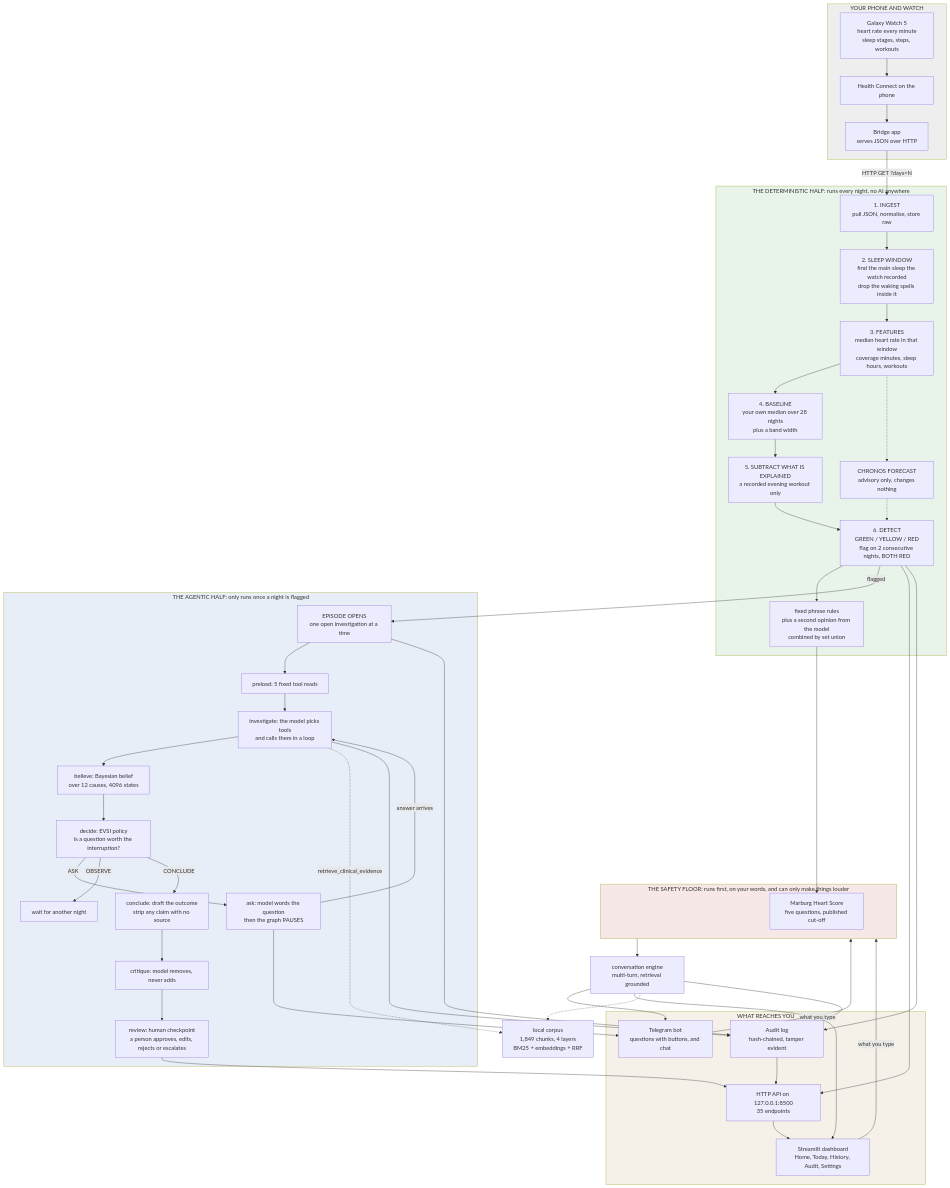
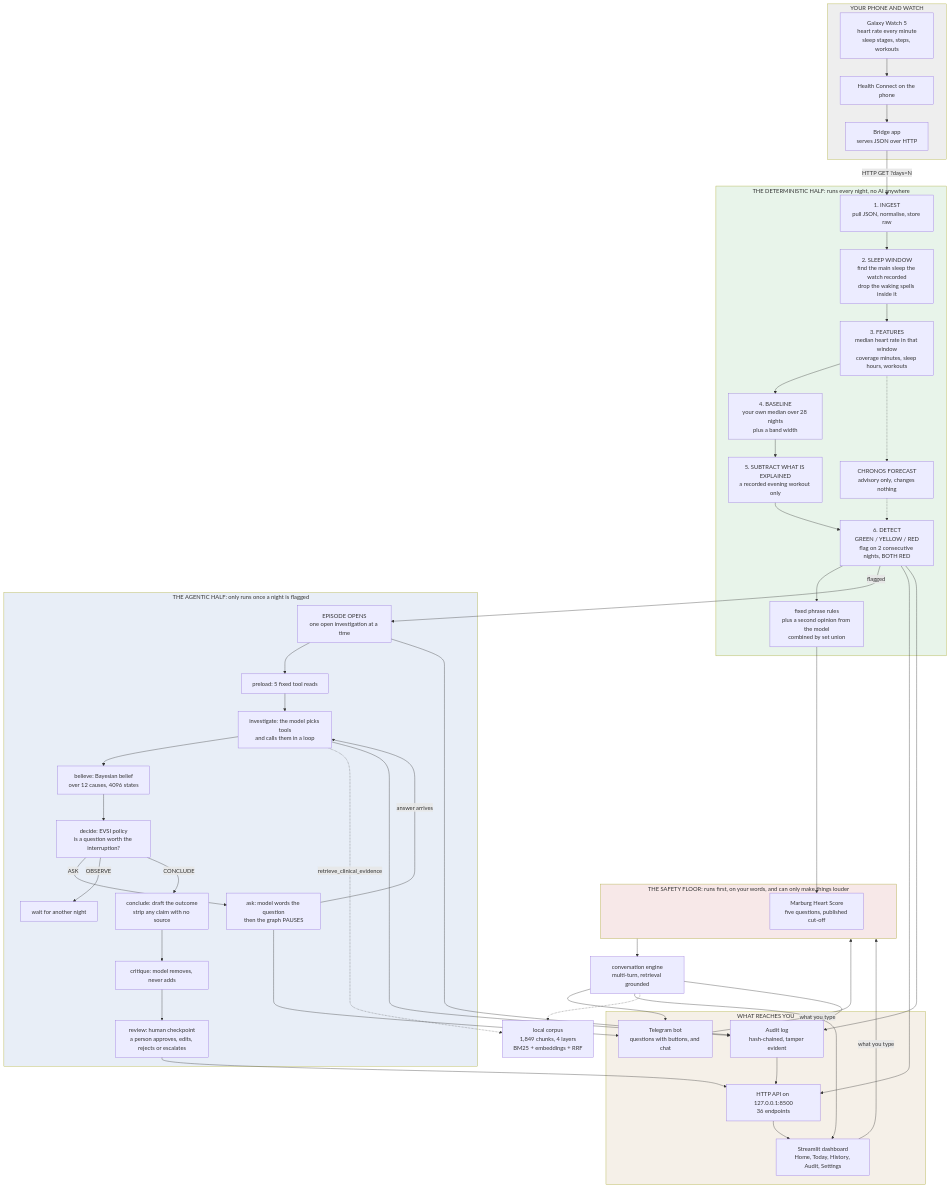
The first of 11 diagrams in docs/ARCHITECTURE.md (NatBrian/wearable-health-agent), drawn with Mermaid before and after one commit. The commit also changed 13 other files, not shown here.

````diff
--- a/docs/ARCHITECTURE.md
+++ b/docs/ARCHITECTURE.md
@@ -31,78 +31,78 @@
 ```mermaid
 flowchart TB
     subgraph PHONE["YOUR PHONE AND WATCH"]
         W["Galaxy Watch 5<br/>heart rate every minute<br/>sleep stages, steps, workouts"]
         HC["Health Connect on the phone"]
         BR["Bridge app<br/>serves JSON over HTTP"]
         W --> HC --> BR
     end
 
     subgraph DET["THE DETERMINISTIC HALF: runs every night, no AI anywhere"]
         ING["1. INGEST<br/>pull JSON, normalise, store raw"]
         WIN["2. SLEEP WINDOW<br/>find the main sleep the watch recorded<br/>drop the waking spells inside it"]
         FEA["3. FEATURES<br/>median heart rate in that window<br/>coverage minutes, sleep hours, workouts"]
         BASE["4. BASELINE<br/>your own median over 28 nights<br/>plus a band width"]
         EXPL["5. SUBTRACT WHAT IS EXPLAINED<br/>a recorded evening workout only"]
         DETECT["6. DETECT<br/>GREEN / YELLOW / RED<br/>flag on 2 consecutive nights, BOTH RED"]
         FLOOR["7. SAFETY FLOOR<br/>what you TOLD us, read over time<br/>plus extreme readings and blood oxygen"]
         FC["CHRONOS FORECAST<br/>advisory only, changes nothing"]
         ING --> WIN --> FEA --> BASE --> EXPL --> DETECT --> FLOOR
         FEA -.-> FC -.-> DETECT
     end
 
     subgraph AG["THE AGENTIC HALF: only runs once a night is flagged"]
         EP["EPISODE OPENS<br/>one open investigation at a time"]
         PRE["preload: 5 fixed tool reads"]
         INV["investigate: the model picks tools<br/>and calls them in a loop"]
         BEL["believe: Bayesian belief<br/>over 12 causes, 4096 states"]
         DEC["decide: EVSI policy<br/>is a question worth the interruption?"]
         ASK["ask: model words the question<br/>then the graph PAUSES"]
         CON["conclude: draft the outcome<br/>strip any claim with no source"]
         CRI["critique: model removes, never adds"]
         REV["review: human checkpoint<br/>a person approves, edits, rejects or escalates"]
         EP --> PRE --> INV --> BEL --> DEC
         DEC -->|ASK| ASK
         DEC -->|OBSERVE| WAIT["wait for another night"]
         DEC -->|CONCLUDE| CON
         ASK -->|answer arrives| INV
         CON --> CRI --> REV
     end
 
     subgraph SAFE["THE SAFETY FLOOR: runs first, on your words, and can only make things louder"]
         FLOOR["fixed phrase rules<br/>plus a second opinion from the model<br/>combined by set union"]
         TRI["Marburg Heart Score<br/>five questions, published cut-off"]
         FLOOR --> TRI
     end
 
     subgraph OUT["WHAT REACHES YOU"]
-        API["HTTP API on 127.0.0.1:8500<br/>35 endpoints"]
+        API["HTTP API on 127.0.0.1:8500<br/>36 endpoints"]
         DASH["Streamlit dashboard<br/>Home, Today, History, Audit, Settings"]
         TG["Telegram bot<br/>questions with buttons, and chat"]
         AUD["Audit log<br/>hash-chained, tamper evident"]
     end
 
     BR -->|"HTTP GET ?days=N"| ING
     DETECT -->|"flagged"| EP
     ASK --> TG
     REV --> API
     DETECT --> API
     API --> DASH
     TG -->|"what you type"| SAFE
     DASH -->|"what you type"| SAFE
     SAFE --> CONV["conversation engine<br/>multi-turn, retrieval grounded"]
     CONV --> TG
     CONV --> DASH
     INV -.->|"retrieve_clinical_evidence"| RAG["local corpus<br/>1,849 chunks, 4 layers<br/>BM25 + embeddings + RRF"]
     CONV -.-> RAG
     EP --> AUD
     INV --> AUD
     CONV --> AUD
     DETECT --> AUD
     AUD --> API
 
     style DET fill:#e8f4ea
     style AG fill:#e8eef7
     style SAFE fill:#f7e8e8
     style OUT fill:#f5f0e8
     style PHONE fill:#eeeeee
 ```
````
